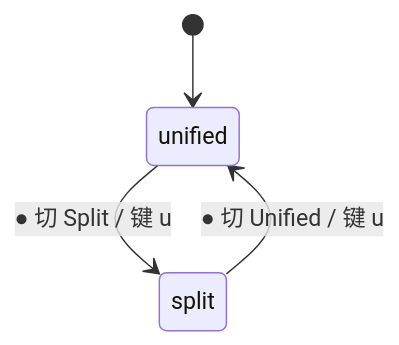
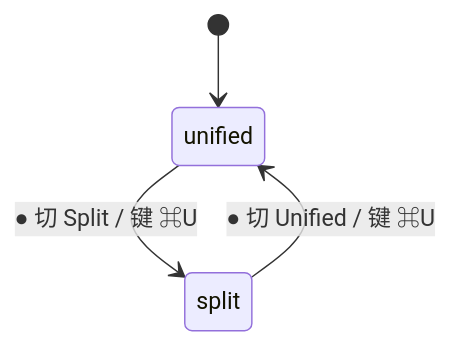
Before and after one commit to xieziyu/duetlens: diagram 12 of 16 in docs/design/ui-states.md, drawn with Mermaid. The commit also changed other lines of this file and 2 other files, not shown here.

Commit message:
docs(design): record the cmd-modified keymap and shared help panel

````diff
--- a/docs/design/ui-states.md
+++ b/docs/design/ui-states.md
@@ -227,6 +227,6 @@
 ```mermaid
 stateDiagram-v2
     [*] --> unified
-    unified --> split : ● 切 Split / 键 u
-    split --> unified : ● 切 Unified / 键 u
+    unified --> split : ● 切 Split / 键 ⌘U
+    split --> unified : ● 切 Unified / 键 ⌘U
 ```
````
